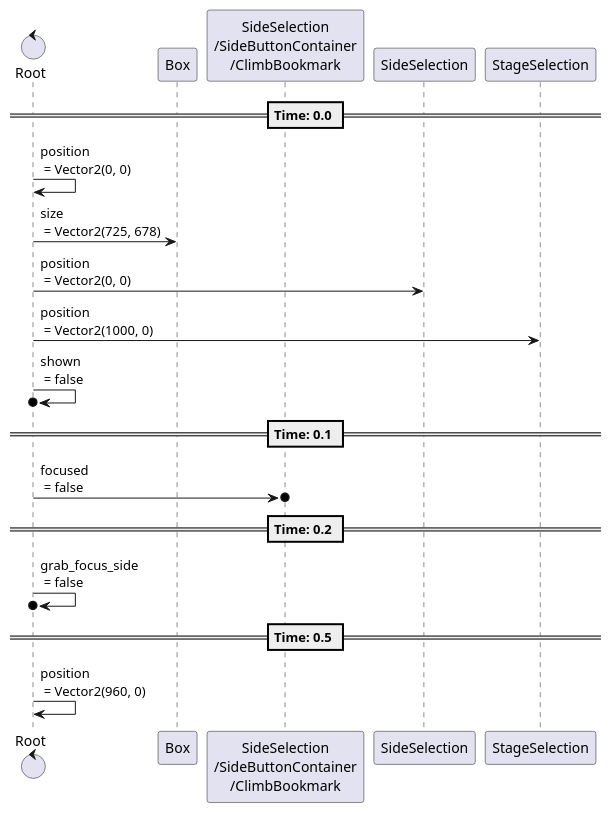
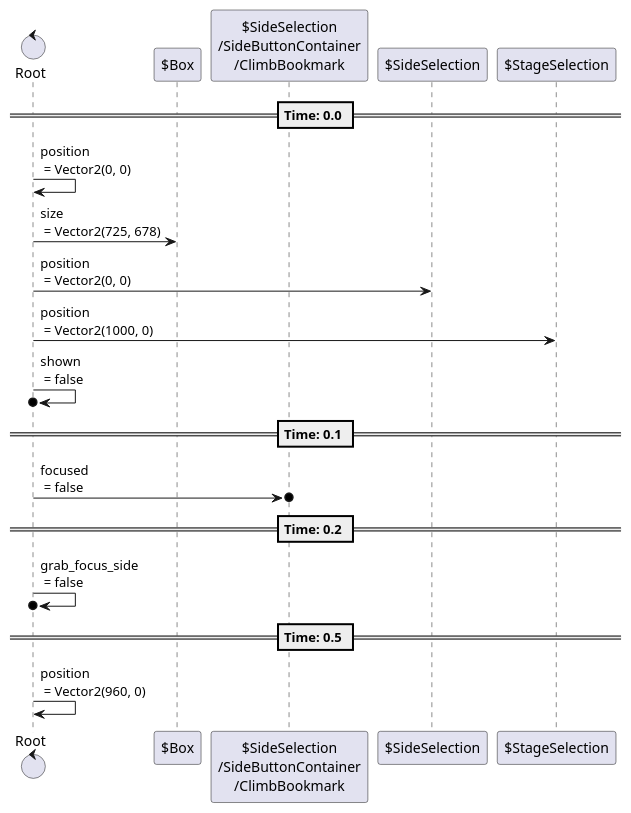
Before and after one commit to tkmfujise/Platformer-Game-Learning: the fifth of 6 diagrams in content/scenes/src/beginning/chapters/menu/menu.tscn.adoc, drawn with PlantUML. The commit also changed other lines of this file and 31 other files, not shown here.

Commit message:
Add prefix $ to node name in animation sequences

```diff
--- a/content/scenes/src/beginning/chapters/menu/menu.tscn.adoc
+++ b/content/scenes/src/beginning/chapters/menu/menu.tscn.adoc
@@ -452,25 +452,25 @@
 [plantuml]
 ....
-control "Root" as Root
-participant "Box" as T1
-participant "SideSelection\n/SideButtonContainer\n/ClimbBookmark" as T2
-participant "SideSelection" as T4
-participant "StageSelection" as T5
+control "Root" as R
+participant "$Box" as T1
+participant "$SideSelection\n/SideButtonContainer\n/ClimbBookmark" as T2
+participant "$SideSelection" as T4
+participant "$StageSelection" as T5
 
 
 
 == Time: 0.0 ==
-Root  ->  Root : position\n = Vector2(0, 0)
-Root  ->  T1 : size\n = Vector2(725, 678)
-Root  ->  T4 : position\n = Vector2(0, 0)
-Root  ->  T5 : position\n = Vector2(1000, 0)
-Root  ->o  Root : shown\n = false
+R  ->  R : position\n = Vector2(0, 0)
+R  ->  T1 : size\n = Vector2(725, 678)
+R  ->  T4 : position\n = Vector2(0, 0)
+R  ->  T5 : position\n = Vector2(1000, 0)
+R  ->o  R : shown\n = false
 == Time: 0.1 ==
-Root  ->o  T2 : focused\n = false
+R  ->o  T2 : focused\n = false
 == Time: 0.2 ==
-Root  ->o  Root : grab_focus_side\n = false
+R  ->o  R : grab_focus_side\n = false
 == Time: 0.5 ==
-Root  ->  Root : position\n = Vector2(960, 0)
+R  ->  R : position\n = Vector2(960, 0)
 
 
 ....
```
